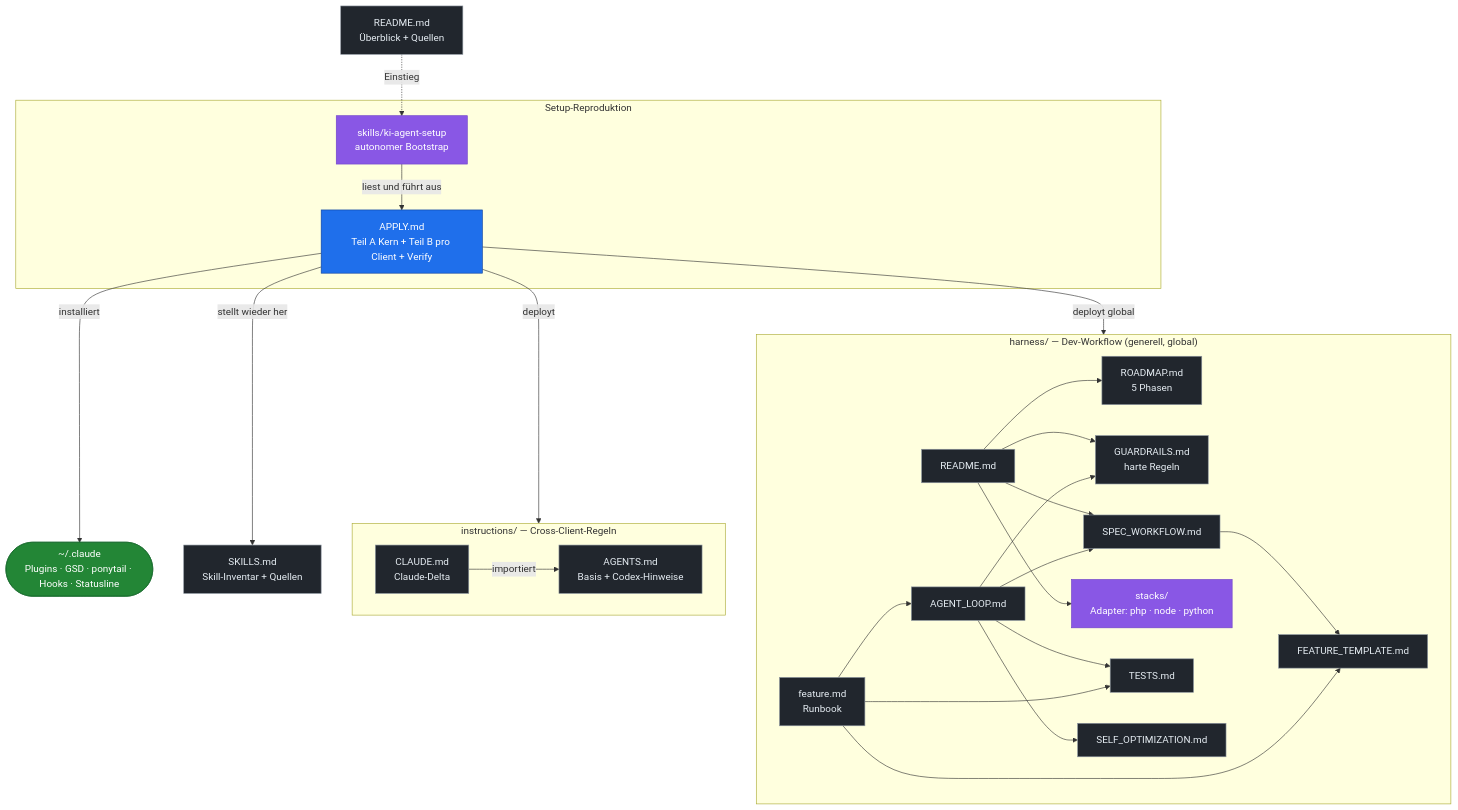
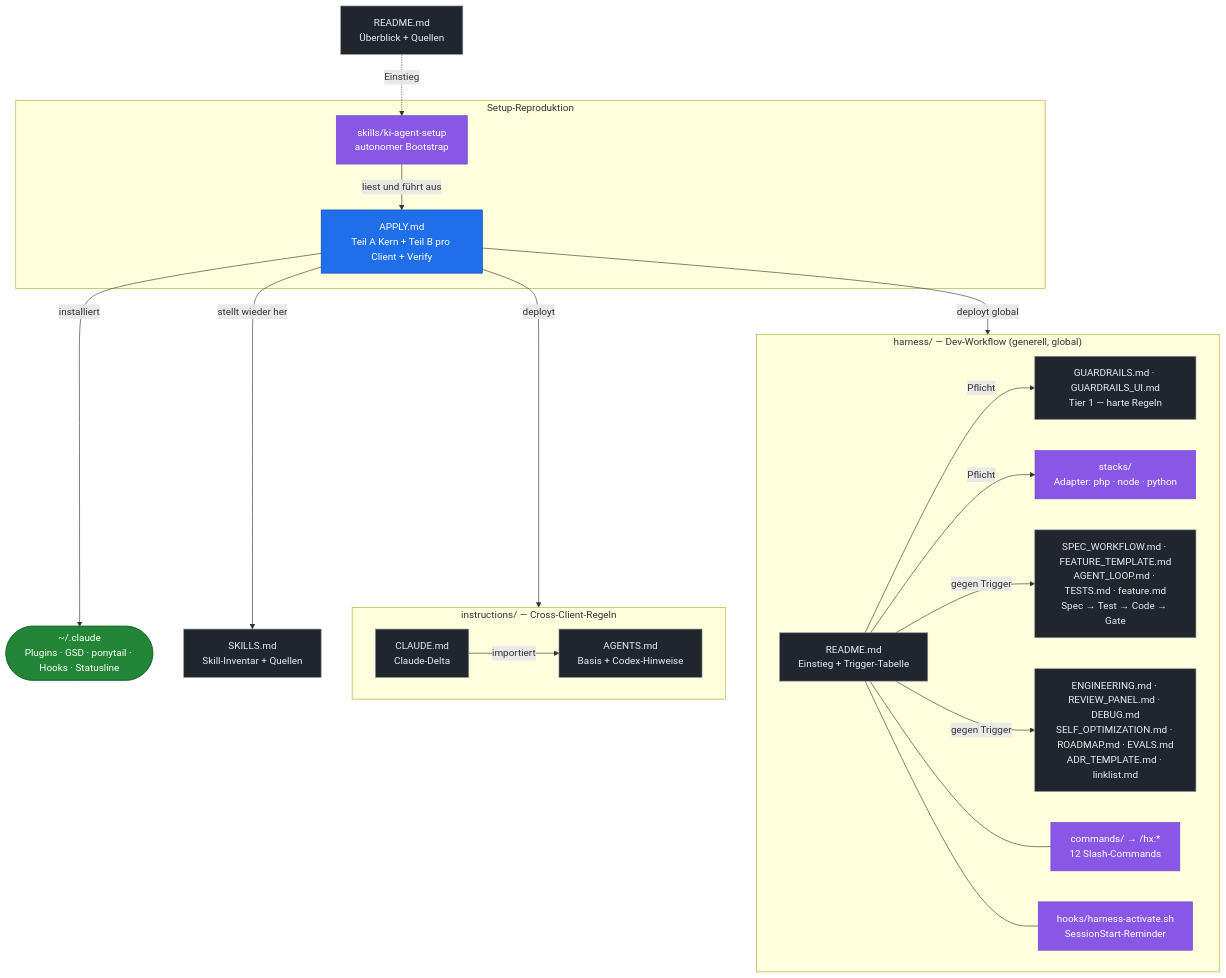
One commit to derivo/ki-agent-setup changed the diagram in README.md. Above: the diagram before and after it, drawn with Mermaid. The commit also changed other lines of this file and 2 other files, not shown here.

````diff
--- a/README.md
+++ b/README.md
@@ -146,47 +157,43 @@
 ```mermaid
 flowchart TD
     README["README.md<br/>Überblick + Quellen"]:::doc
 
     subgraph SETUP[" Setup-Reproduktion "]
         SKILL["skills/ki-agent-setup<br/>autonomer Bootstrap"]:::skill
         APPLY["APPLY.md<br/>Teil A Kern + Teil B pro Client + Verify"]:::core
         SKILL -->|liest und führt aus| APPLY
     end
 
     subgraph INSTR[" instructions/ — Cross-Client-Regeln "]
         AGENTS["AGENTS.md<br/>Basis + Codex-Hinweise"]:::doc
         CLAUDE["CLAUDE.md<br/>Claude-Delta"]:::doc
         CLAUDE -->|importiert| AGENTS
     end
 
     SKILLS["SKILLS.md<br/>Skill-Inventar + Quellen"]:::doc
     TOOLS(["~/.claude<br/>Plugins · GSD · ponytail · Hooks · Statusline"]):::target
 
     subgraph HARN[" harness/ — Dev-Workflow (generell, global) "]
-        HREADME["README.md"]:::doc
-        ROADMAP["ROADMAP.md<br/>5 Phasen"]:::doc
-        GUARD["GUARDRAILS.md<br/>harte Regeln"]:::doc
-        SPECW["SPEC_WORKFLOW.md"]:::doc
-        FEATT["FEATURE_TEMPLATE.md"]:::doc
-        TESTS["TESTS.md"]:::doc
-        LOOP["AGENT_LOOP.md"]:::doc
-        SELF["SELF_OPTIMIZATION.md"]:::doc
-        FEAT["feature.md<br/>Runbook"]:::doc
+        HREADME["README.md<br/>Einstieg + Trigger-Tabelle"]:::doc
+        GUARD["GUARDRAILS.md · GUARDRAILS_UI.md<br/>Tier 1 — harte Regeln"]:::doc
         PHPAD["stacks/<br/>Adapter: php · node · python"]:::skill
-        HREADME --> ROADMAP & GUARD & SPECW & PHPAD
-        SPECW --> FEATT
-        LOOP --> GUARD & TESTS & SPECW & SELF
-        FEAT --> LOOP & FEATT & TESTS
+        FLOW["SPEC_WORKFLOW.md · FEATURE_TEMPLATE.md<br/>AGENT_LOOP.md · TESTS.md · feature.md<br/>Spec → Test → Code → Gate"]:::doc
+        REF["ENGINEERING.md · REVIEW_PANEL.md · DEBUG.md<br/>SELF_OPTIMIZATION.md · ROADMAP.md · EVALS.md<br/>ADR_TEMPLATE.md · linklist.md"]:::doc
+        CMDS["commands/ → /hx:*<br/>12 Slash-Commands"]:::skill
+        HHOOK["hooks/harness-activate.sh<br/>SessionStart-Reminder"]:::skill
+        HREADME -->|Pflicht| GUARD & PHPAD
+        HREADME -->|gegen Trigger| FLOW & REF
+        HREADME --- CMDS & HHOOK
     end
 
     README -. Einstieg .-> SKILL
     APPLY -->|deployt| INSTR
     APPLY -->|installiert| TOOLS
     APPLY -->|stellt wieder her| SKILLS
     APPLY -->|deployt global| HARN
 
     classDef core fill:#1f6feb,stroke:#0d419d,color:#fff;
     classDef skill fill:#8957e5,stroke:#6e40c9,color:#fff;
     classDef doc fill:#21262d,stroke:#8b949e,color:#e6edf3;
     classDef target fill:#238636,stroke:#196c2e,color:#fff;
 ```
````
